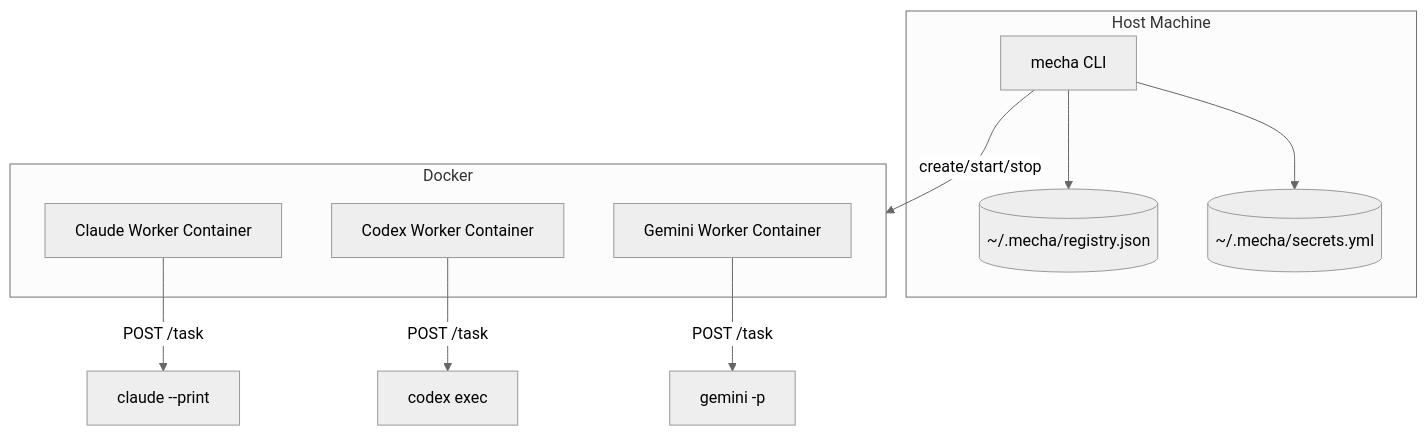
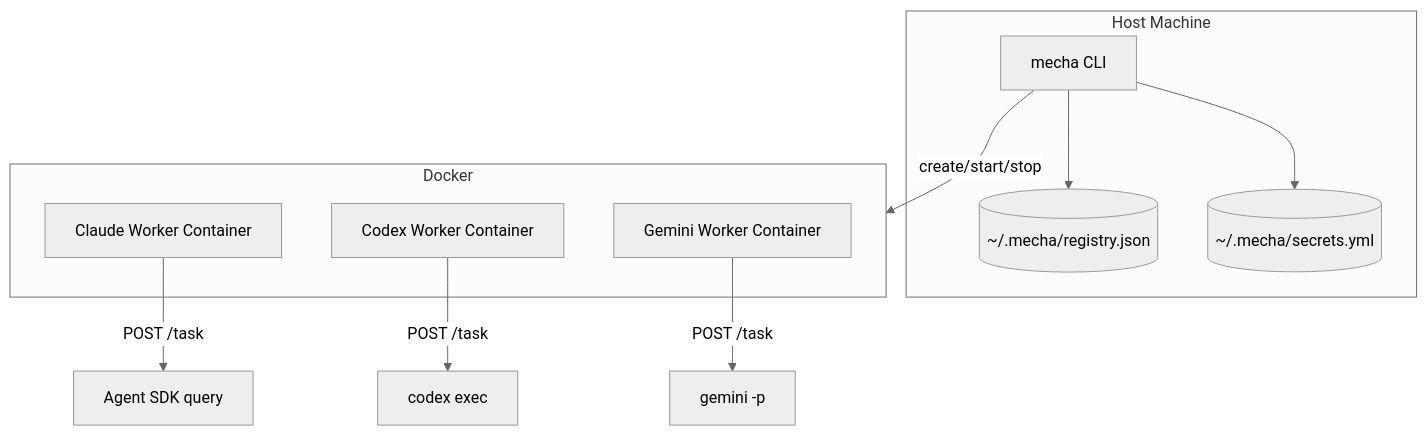
The first of 5 diagrams in docs/guide/architecture.md (xiaolai/mecha.im), drawn with Mermaid (neutral theme) before and after one commit. The commit also changed other lines of this file and 5 other files, not shown here.

````diff
--- a/docs/guide/architecture.md
+++ b/docs/guide/architecture.md
@@ -10,21 +10,21 @@
 ```mermaid
 flowchart TB
     subgraph Host ["Host Machine"]
         CLI[mecha CLI]
         Registry[(~/.mecha/registry.json)]
         Secrets[(~/.mecha/secrets.yml)]
         CLI --> Registry
         CLI --> Secrets
     end
 
     subgraph Docker ["Docker"]
         C1[Claude Worker Container]
         C2[Codex Worker Container]
         C3[Gemini Worker Container]
     end
 
     CLI -->|create/start/stop| Docker
-    C1 -->|POST /task| Claude[claude --print]
+    C1 -->|POST /task| Claude[Agent SDK query]
     C2 -->|POST /task| Codex[codex exec]
     C3 -->|POST /task| Gemini[gemini -p]
 ```
````
